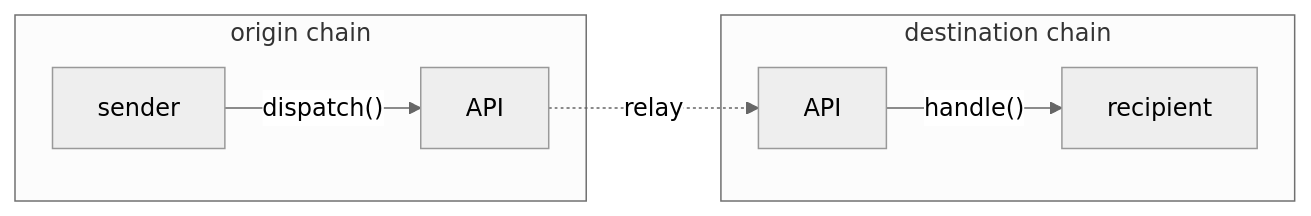
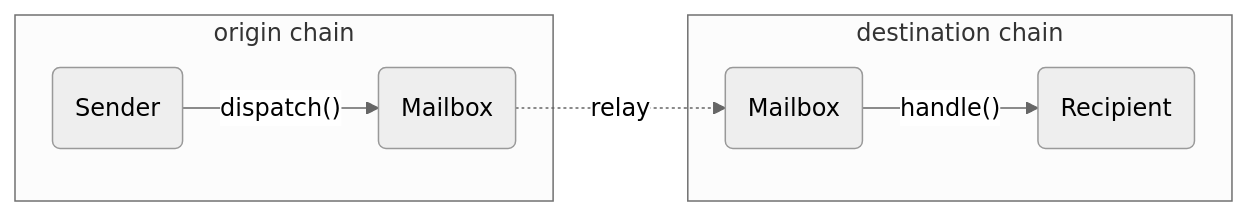
The diagram in developers/messaging-api/README.md (hyperlane-xyz/v2-docs), drawn with Mermaid before and after one commit. The commit also changed 6 other files, not shown here.

Commit message:
GitBook: [#208] Diagram Update + Rename to Liquidity Layer

````diff
--- a/developers/messaging-api/README.md
+++ b/developers/messaging-api/README.md
@@ -7,13 +7,13 @@
 ```mermaid
 %%{init: {'theme': 'neutral', 'themeCSS': '.node rect { fill: #025AA1 } .edgeLabel { color: black } .nodeLabel { color: white }'}}%%
 flowchart LR
 	subgraph origin chain
-		sender --"dispatch()"--> MO[API]
+		sender(Sender) --"dispatch()"--> MO(Mailbox)
 	end
 
 	MO -."relay".-> MD
 
 	subgraph destination chain
-		MD[API] --"handle()"--> recipient
+		MD(Mailbox) --"handle()"--> recipient(Recipient)
 	end
 ```
````
